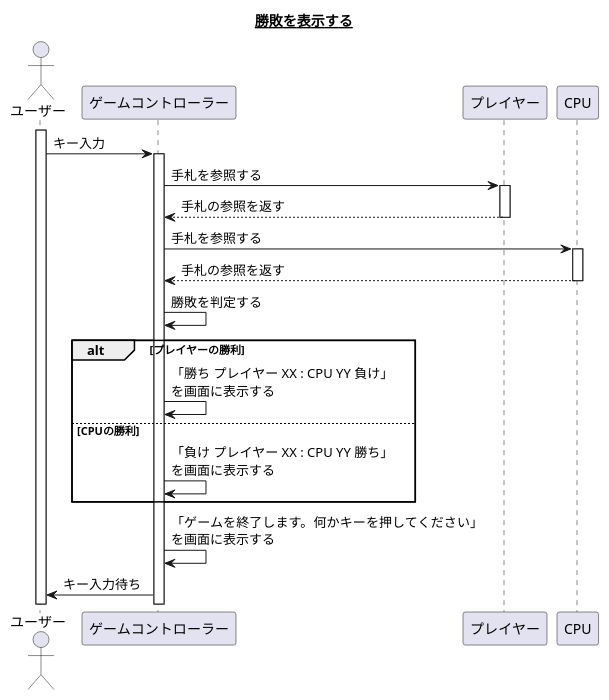
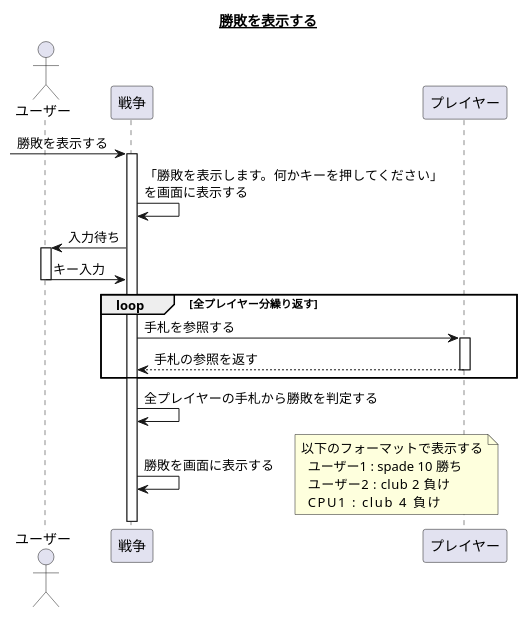
One commit to hachimitu22/study changed the eighth of 10 diagrams in uml/CardGame/doc/design.md. Above: the diagram before and after it, drawn with PlantUML. The commit also changed other lines of this file, not shown here.

Commit message:
シーケンス図を複数人で遊べるように修正

````diff
--- a/uml/CardGame/doc/design.md
+++ b/uml/CardGame/doc/design.md
@@ -230,33 +319,33 @@
 ```plantuml
 @startuml
 
 title __勝敗を表示する__
 
 actor ユーザー
+
+[-> 戦争 : 勝敗を表示する
+activate 戦争
+戦争 -> 戦争 : 「勝敗を表示します。何かキーを押してください」\nを画面に表示する
+ユーザー <- 戦争 : 入力待ち
 activate ユーザー
+ユーザー -> 戦争 : キー入力
+deactivate ユーザー
 
-ユーザー -> ゲームコントローラー : キー入力
-activate ゲームコントローラー
-
-ゲームコントローラー -> プレイヤー : 手札を参照する
-activate プレイヤー
-ゲームコントローラー <-- プレイヤー : 手札の参照を返す
-deactivate プレイヤー
-ゲームコントローラー -> CPU : 手札を参照する
-activate CPU
-ゲームコントローラー <-- CPU : 手札の参照を返す
-deactivate CPU
-
-ゲームコントローラー -> ゲームコントローラー : 勝敗を判定する
-
-alt プレイヤーの勝利
-  ゲームコントローラー -> ゲームコントローラー : 「勝ち プレイヤー XX : CPU YY 負け」\nを画面に表示する
-else CPUの勝利
-  ゲームコントローラー -> ゲームコントローラー : 「負け プレイヤー XX : CPU YY 勝ち」\nを画面に表示する
+loop 全プレイヤー分繰り返す
+  戦争 -> プレイヤー : 手札を参照する
+  activate プレイヤー
+  戦争 <-- プレイヤー : 手札の参照を返す
+  deactivate プレイヤー
 end
 
-ゲームコントローラー -> ゲームコントローラー : 「ゲームを終了します。何かキーを押してください」\nを画面に表示する
-ユーザー <- ゲームコントローラー : キー入力待ち
+戦争 -> 戦争 : 全プレイヤーの手札から勝敗を判定する
+戦争 -> 戦争 : 勝敗を画面に表示する
+note right
+  以下のフォーマットで表示する
+    ユーザー1 : spade 10 勝ち
+    ユーザー2 : club   2 負け
+    CPU1      : club   4 負け
+end note
 
 @enduml
 ```
````
